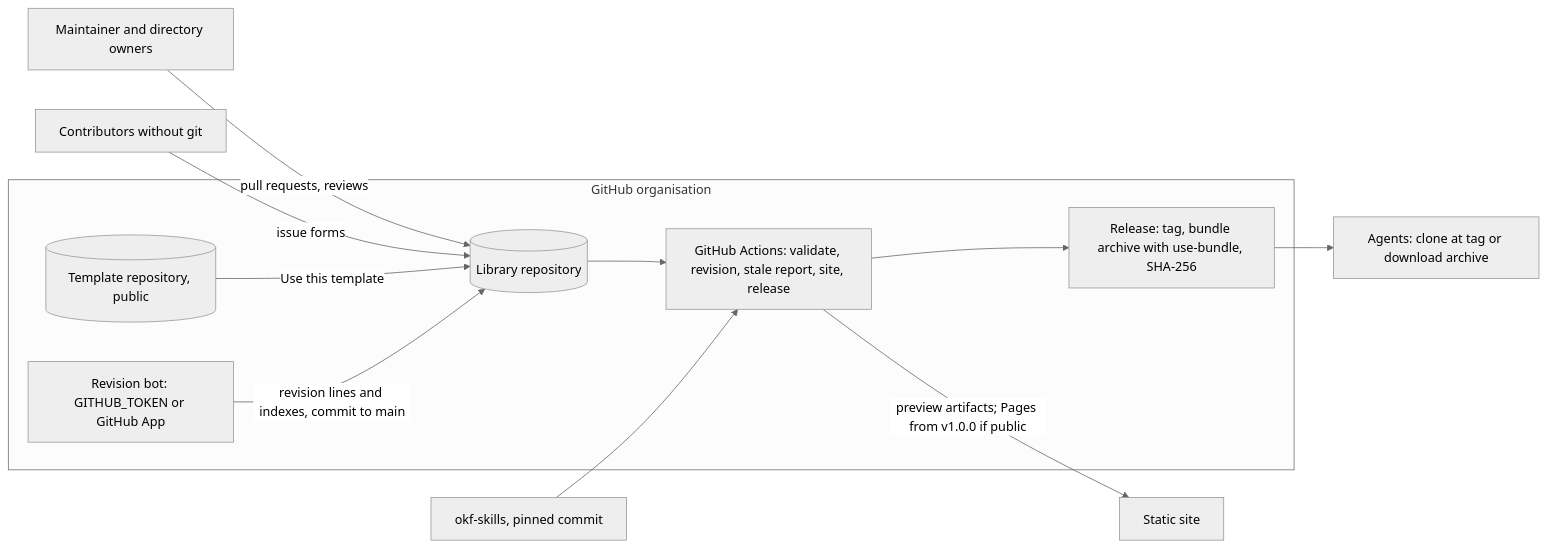
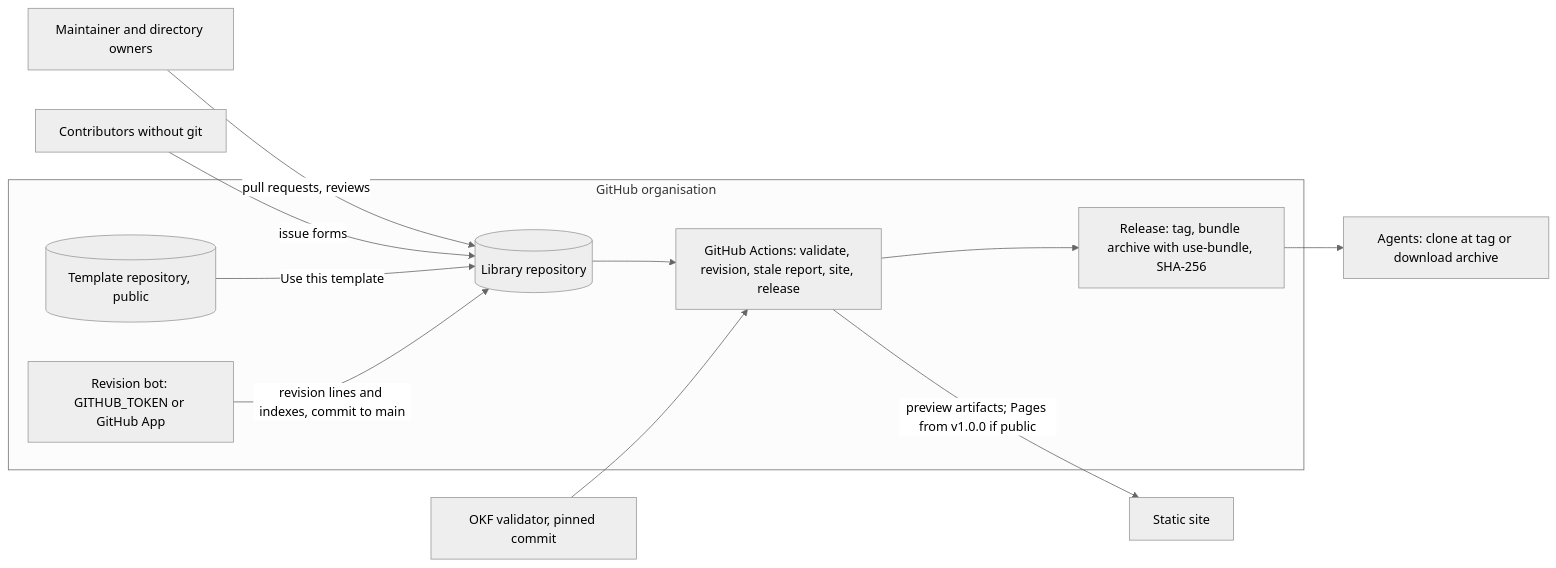
The first of 2 diagrams in docs/development/architecture/OKF Library Template - Software Design Document.md (open-renewables/okf-library-template), drawn with Mermaid (neutral theme) before and after one commit. The commit also changed other lines of this file and 60 other files, not shown here.

First line of the commit message:
Move the template to OKF v0.3 and the OKF project's validator (P4 PR V, ADR-013) (#54)

````diff
--- a/docs/development/architecture/OKF Library Template - Software Design Document.md
+++ b/docs/development/architecture/OKF Library Template - Software Design Document.md
@@ -127,14 +127,14 @@
 ```mermaid
 flowchart LR
   M[Maintainer and directory owners] -->|pull requests, reviews| R
   C[Contributors without git] -->|issue forms| R
   subgraph GH[GitHub organisation]
     T[(Template repository, public)] -->|Use this template| R[(Library repository)]
     R --> A[GitHub Actions: validate, revision, stale report, site, release]
     B[Revision bot: GITHUB_TOKEN or GitHub App] -->|revision lines and indexes, commit to main| R
     A --> REL[Release: tag, bundle archive with use-bundle, SHA-256]
   end
   A -->|preview artifacts; Pages from v1.0.0 if public| S[Static site]
   REL --> AG[Agents: clone at tag or download archive]
-  OKF[okf-skills, pinned commit] --> A
+  OKF[OKF validator, pinned commit] --> A
 ```
````
